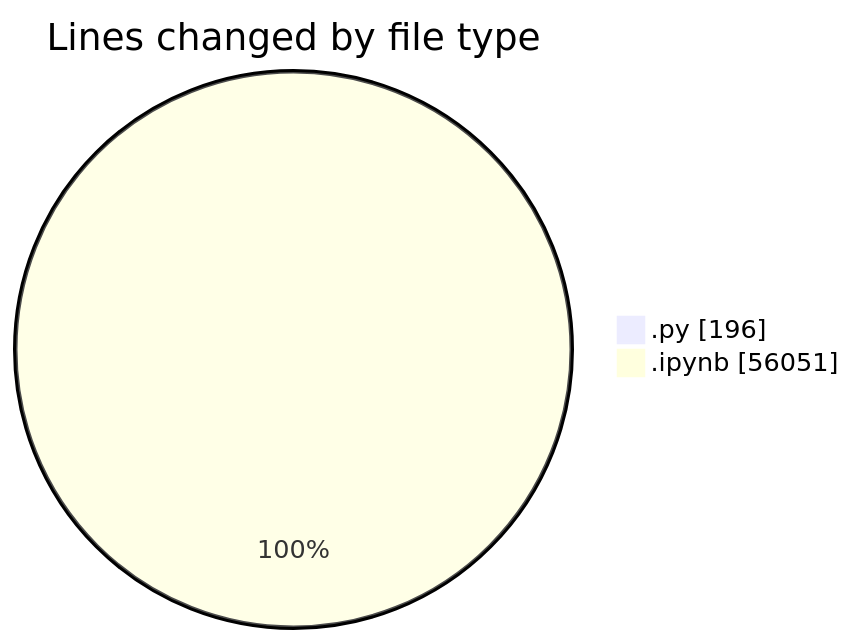
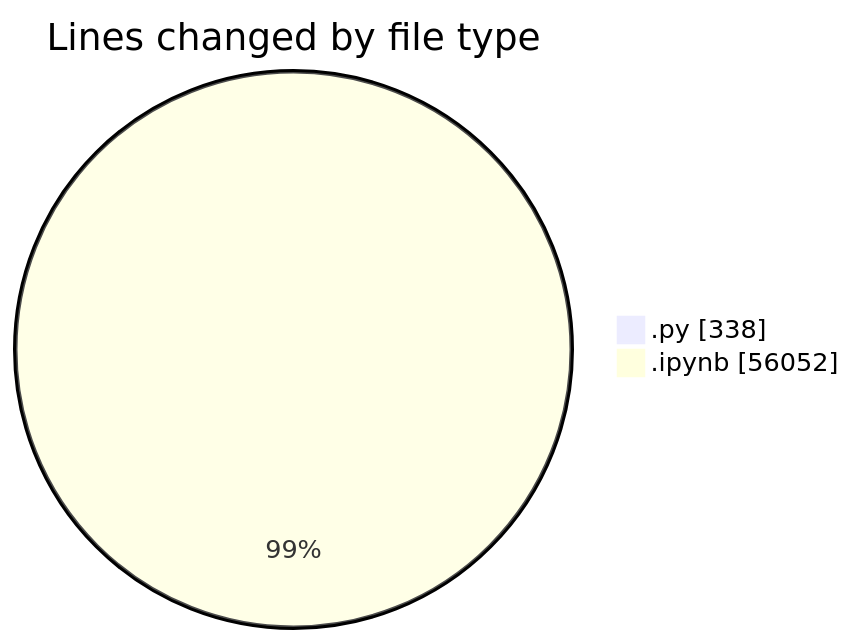
One commit to MatusMokan/code-tracking changed the first of 2 diagrams in 2025-10-07/untitled__workspace_/README.md. Above: the diagram before and after it, drawn with Mermaid. The commit also changed other lines of this file and 1 other file, not shown here.

````diff
--- a/2025-10-07/untitled__workspace_/README.md
+++ b/2025-10-07/untitled__workspace_/README.md
@@ -21,6 +22,6 @@
 ```mermaid
 pie showData
 title Lines changed by file type
-".py" : 196
-".ipynb" : 56051
+".py" : 338
+".ipynb" : 56052
 ```
````
